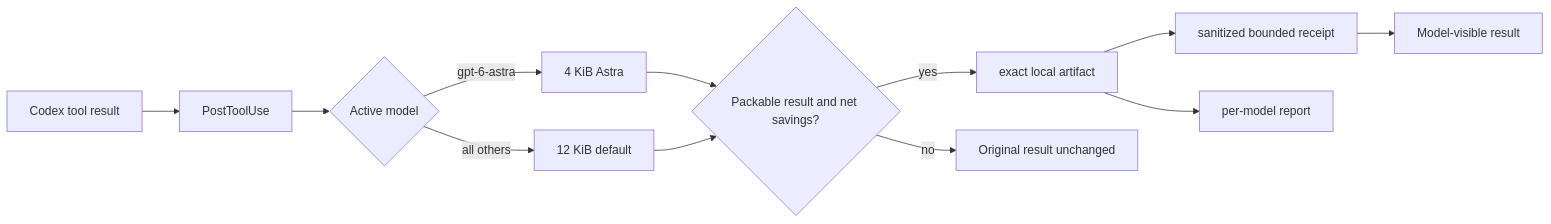
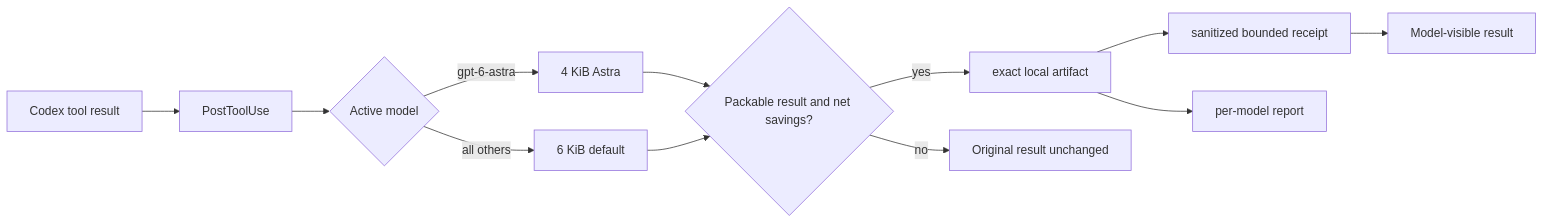
One commit to DmitrL-dev/SoLCodex changed the first of 2 diagrams in docs/architecture.md. Above: the diagram before and after it, drawn with Mermaid. The commit also changed 4 other files, not shown here.

Commit message:
Sync diagrams and Russian docs with packing threshold

````diff
--- a/docs/architecture.md
+++ b/docs/architecture.md
@@ -9,14 +9,14 @@
 ```mermaid
 flowchart LR
   A[Codex tool result] --> B[PostToolUse]
   B --> C{Active model}
   C -->|gpt-6-astra| D[4 KiB Astra]
-  C -->|all others| E[12 KiB default]
+  C -->|all others| E[6 KiB default]
   D --> F{Packable result and net savings?}
   E --> F
   F -->|yes| G[exact local artifact]
   G --> H[sanitized bounded receipt]
   H --> I[Model-visible result]
   G --> J[per-model report]
   F -->|no| K[Original result unchanged]
 ```
````
